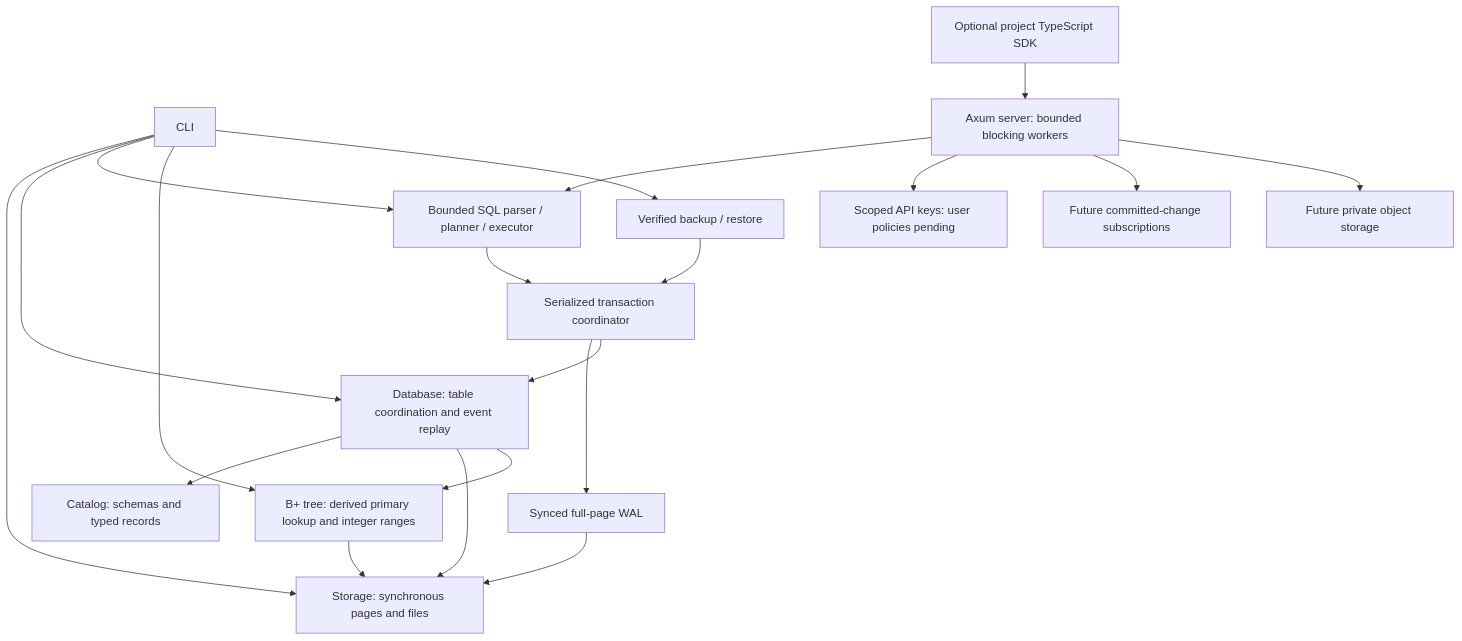
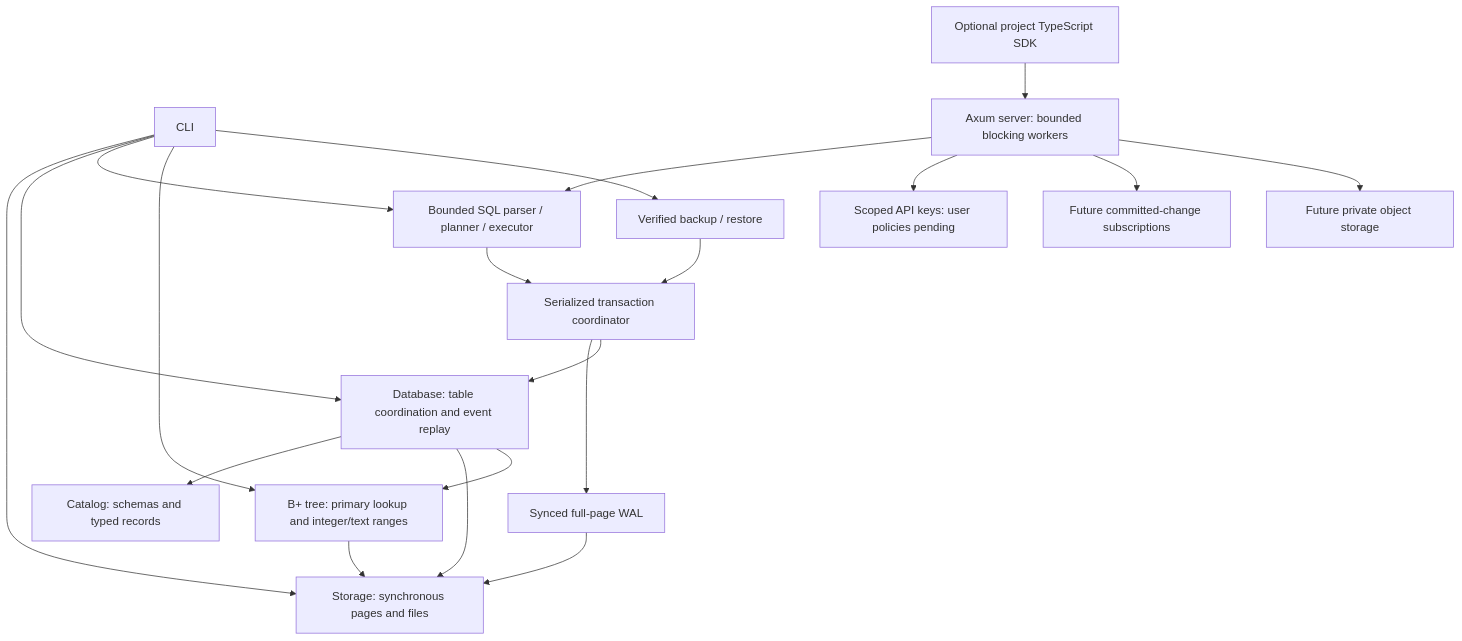
One commit to vantaeonx/EmilyBase changed the diagram in docs/architecture.md. Above: the diagram before and after it, drawn with Mermaid. The commit also changed other lines of this file and 21 other files, not shown here.

Commit message:
feat(query): route UTF-8 primary ranges without dropping long keys

````diff
--- a/docs/architecture.md
+++ b/docs/architecture.md
@@ -7,22 +7,22 @@
 ```mermaid
 flowchart TD
   CLI[CLI] --> Storage[Storage: synchronous pages and files]
   CLI --> Database[Database: table coordination and event replay]
   Database --> Catalog[Catalog: schemas and typed records]
   Database --> Storage
   HTTP[Axum server: bounded blocking workers] --> Query[Bounded SQL parser / planner / executor]
   SDK[Optional project TypeScript SDK] --> HTTP
   CLI --> Query
   Query --> Transactions[Serialized transaction coordinator]
   Transactions --> WAL[Synced full-page WAL]
   Transactions --> Database
-  Database --> Index[B+ tree: derived primary lookup and integer ranges]
+  Database --> Index[B+ tree: primary lookup and integer/text ranges]
   CLI --> Index
   Index --> Storage
   WAL --> Storage
   HTTP --> Auth[Scoped API keys: user policies pending]
   HTTP --> Realtime[Future committed-change subscriptions]
   HTTP --> Objects[Future private object storage]
   CLI --> Backup[Verified backup / restore]
   Backup --> Transactions
 ```
````
